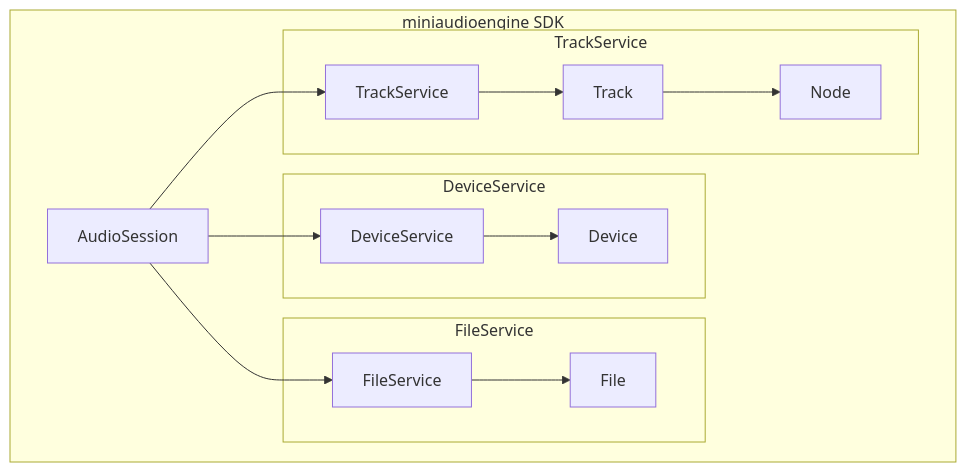
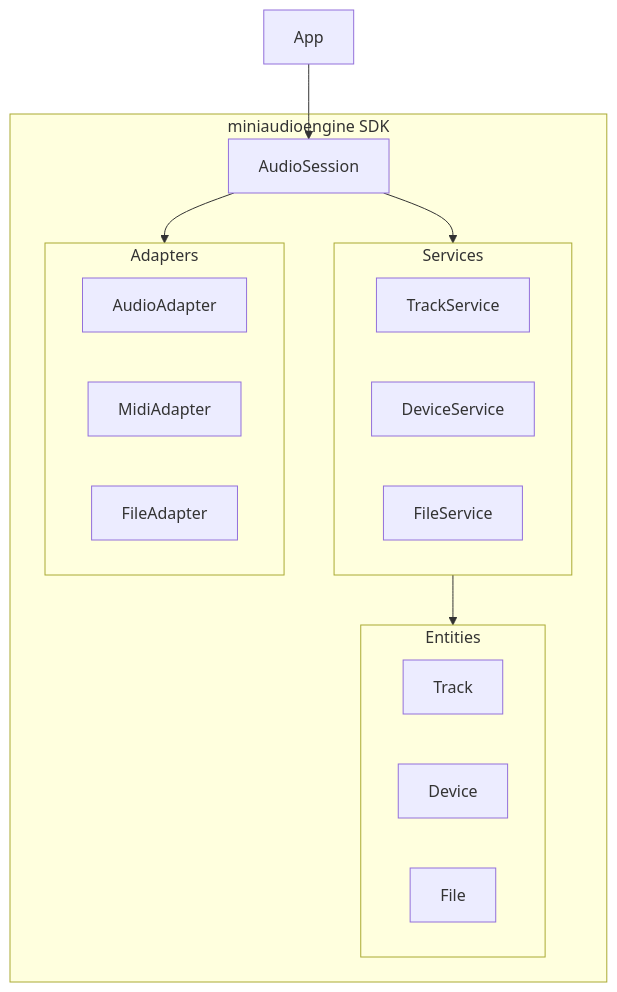
The second of 21 diagrams in docs/DESIGN_DOC.md (aidan-clyens/miniaudioengine), drawn with Mermaid before and after one commit. The commit also changed other lines of this file and 1 other file, not shown here.

````diff
--- a/docs/DESIGN_DOC.md
+++ b/docs/DESIGN_DOC.md
@@ -98,28 +99,30 @@
 ```mermaid
 graph TD
     subgraph SDK["miniaudioengine SDK"]
         AudioSession
-        subgraph deviceService["DeviceService"]
+
+        subgraph Services
+            TrackService
             DeviceService
+            FileService
+        end
+
+        subgraph Entities
+            Track
             Device
-        end
-        subgraph fileService["FileService"]
-            FileService
             File
         end
-        subgraph graphService["TrackService"]
-            TrackService
-            Track
-            Node
+
+        subgraph Adapters
+            AudioAdapter
+            MidiAdapter
+            FileAdapter
         end
     end
 
-    AudioSession --> DeviceService
-    AudioSession --> FileService
-    AudioSession --> TrackService
+    App --> AudioSession
 
-    DeviceService --> Device
-    FileService --> File
-    TrackService --> Track
-    Track --> Node
+    AudioSession --> Services
+    AudioSession --> Adapters
+    Services --> Entities
 ```
````
